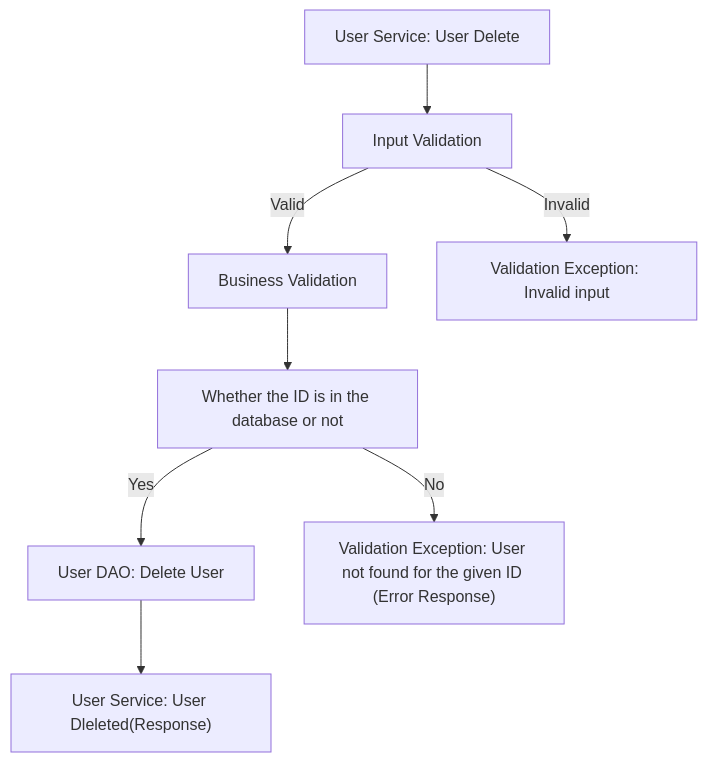
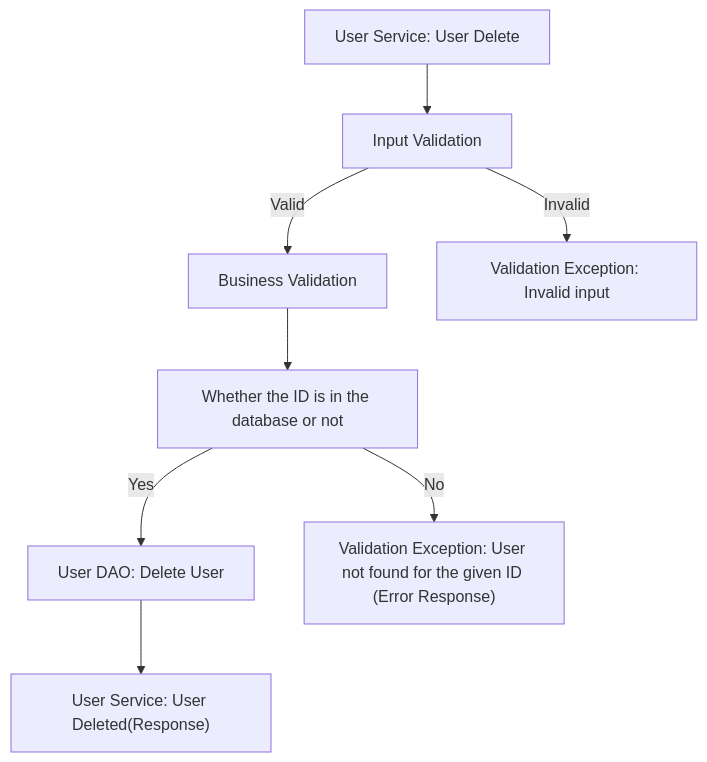
One commit to fssa-batch3/sec_b_vignesh.ramachandran__corejava_project_2 changed the third of 22 diagrams in README.md. Above: the diagram before and after it, drawn with Mermaid. The commit also changed other lines of this file, not shown here.

````diff
--- a/README.md
+++ b/README.md
@@ -136,10 +137,10 @@
 ```mermaid
 graph TD;
   A["User Service: User Delete"] --> B["Input Validation"]
   B -- Valid --> C0["Business Validation"]
   C0 --> C["Whether the ID is in the database or not"]
   B -- Invalid --> C1["Validation Exception: Invalid input"]
   C -- Yes --> D["User DAO: Delete User"]
-  D --> E["User Service: User Dleleted(Response)"]
+  D --> E["User Service: User Deleted(Response)"]
   C -- No --> F["Validation Exception: User not found for the given ID (Error Response)"]
 ```
````
